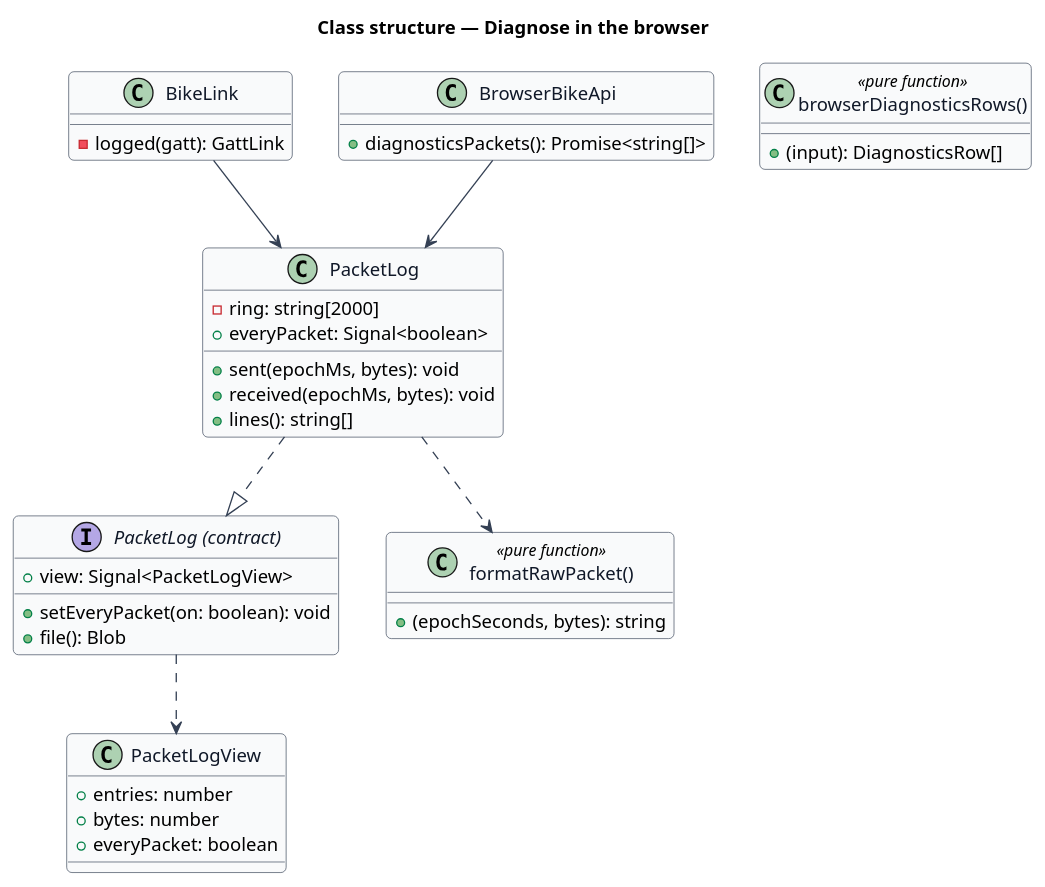
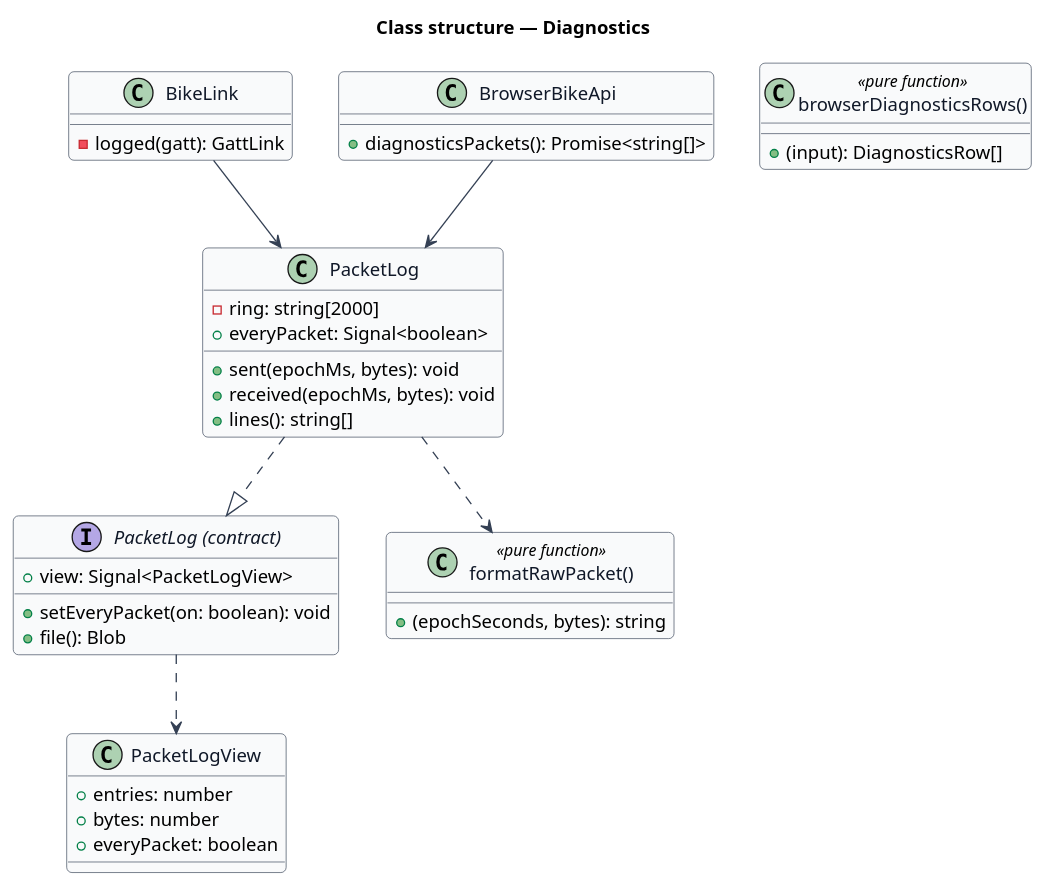
One commit to QuinntyneBrown/ride-one changed the diagram in docs/detailed-designs/platform/diagnostics/diagrams/class-structure.puml. Above: the diagram before and after it, drawn with PlantUML. The commit also changed 547 other files, not shown here.

```diff
--- a/docs/detailed-designs/platform/diagnostics/diagrams/class-structure.puml
+++ b/docs/detailed-designs/platform/diagnostics/diagrams/class-structure.puml
@@ -1,48 +1,48 @@
 @startuml
 skinparam backgroundColor #FFFFFF
 skinparam shadowing false
 skinparam roundcorner 8
 skinparam defaultFontName Arial
 skinparam ArrowColor #344054
 skinparam class {
   BorderColor #344054
   FontColor #101828
   BackgroundColor #F9FAFB
 }
-title Class structure — Diagnose in the browser
+title Class structure — Diagnostics
 
 interface "PacketLog (contract)" as Contract {
   +view: Signal<PacketLogView>
   +setEveryPacket(on: boolean): void
   +file(): Blob
 }
 class PacketLogView {
   +entries: number
   +bytes: number
   +everyPacket: boolean
 }
 class PacketLog {
   -ring: string[2000]
   +everyPacket: Signal<boolean>
   +sent(epochMs, bytes): void
   +received(epochMs, bytes): void
   +lines(): string[]
 }
 class "formatRawPacket()" as fmt <<pure function>> {
   +(epochSeconds, bytes): string
 }
 class BikeLink {
   -logged(gatt): GattLink
 }
 class BrowserBikeApi {
   +diagnosticsPackets(): Promise<string[]>
 }
 class "browserDiagnosticsRows()" as rows <<pure function>> {
   +(input): DiagnosticsRow[]
 }
 PacketLog ..|> Contract
 Contract ..> PacketLogView
 PacketLog ..> fmt
 BikeLink --> PacketLog
 BrowserBikeApi --> PacketLog
 @enduml
```
